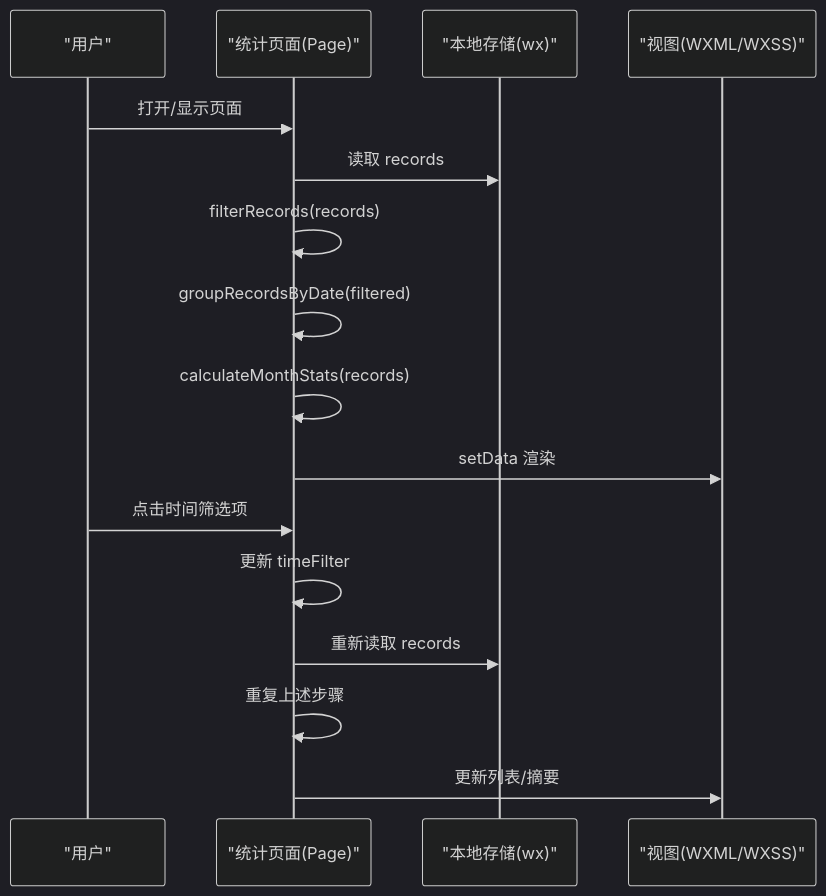
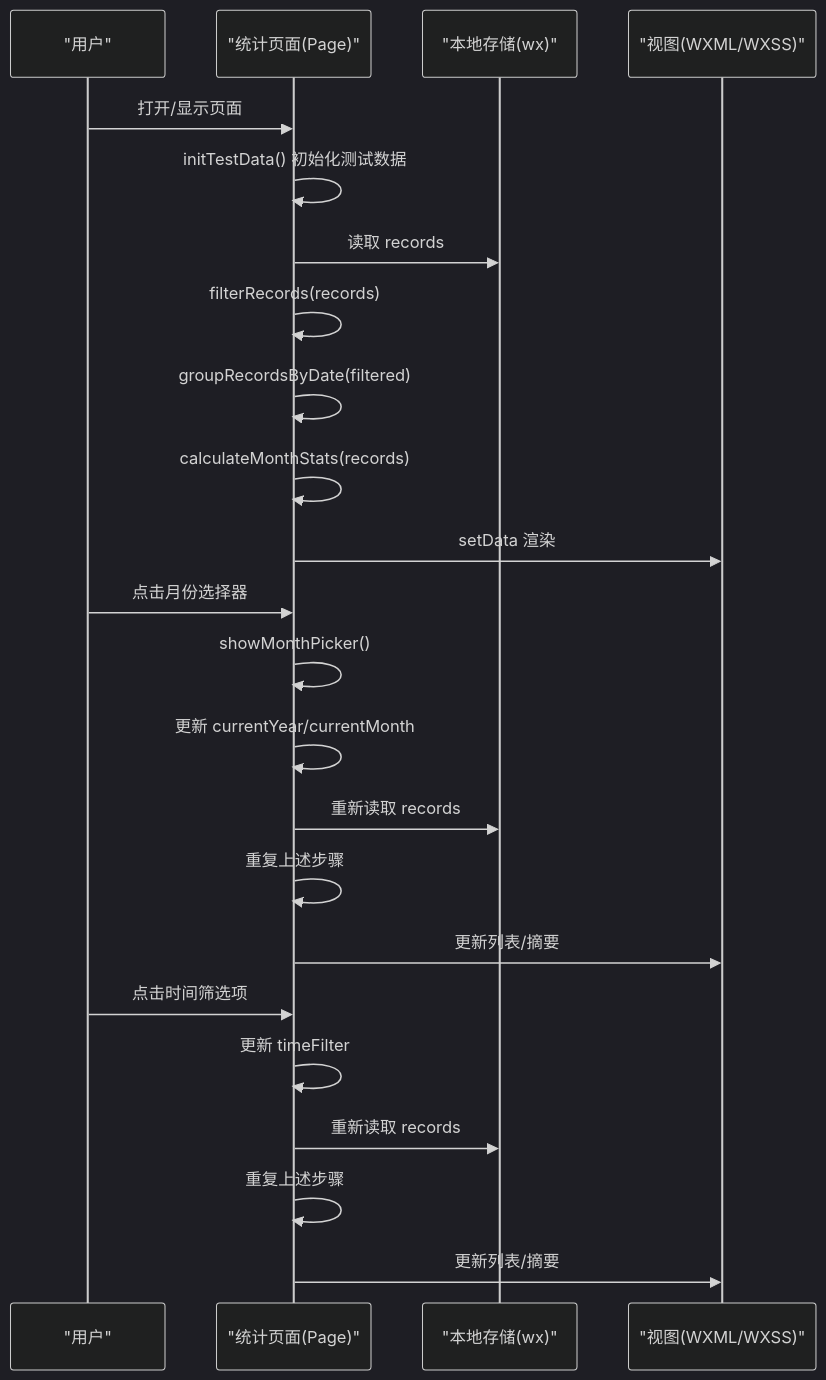
The second of 7 diagrams in .qoder/repowiki/zh/content/页面组件详解/统计页面.md (shisfish/miaobill), drawn with Mermaid (dark theme) before and after one commit. The commit also changed other lines of this file and 18 other files, not shown here.

````diff
--- a/.qoder/repowiki/zh/content/页面组件详解/统计页面.md
+++ b/.qoder/repowiki/zh/content/页面组件详解/统计页面.md
@@ -105,18 +120,25 @@
 ```mermaid
 sequenceDiagram
 participant U as "用户"
 participant P as "统计页面(Page)"
 participant LS as "本地存储(wx)"
 participant V as "视图(WXML/WXSS)"
 U->>P : 打开/显示页面
+P->>P : initTestData() 初始化测试数据
 P->>LS : 读取 records
 P->>P : filterRecords(records)
 P->>P : groupRecordsByDate(filtered)
 P->>P : calculateMonthStats(records)
 P->>V : setData 渲染
+U->>P : 点击月份选择器
+P->>P : showMonthPicker()
+P->>P : 更新 currentYear/currentMonth
+P->>LS : 重新读取 records
+P->>P : 重复上述步骤
+P->>V : 更新列表/摘要
 U->>P : 点击时间筛选项
 P->>P : 更新 timeFilter
 P->>LS : 重新读取 records
 P->>P : 重复上述步骤
 P->>V : 更新列表/摘要
 ```
````
